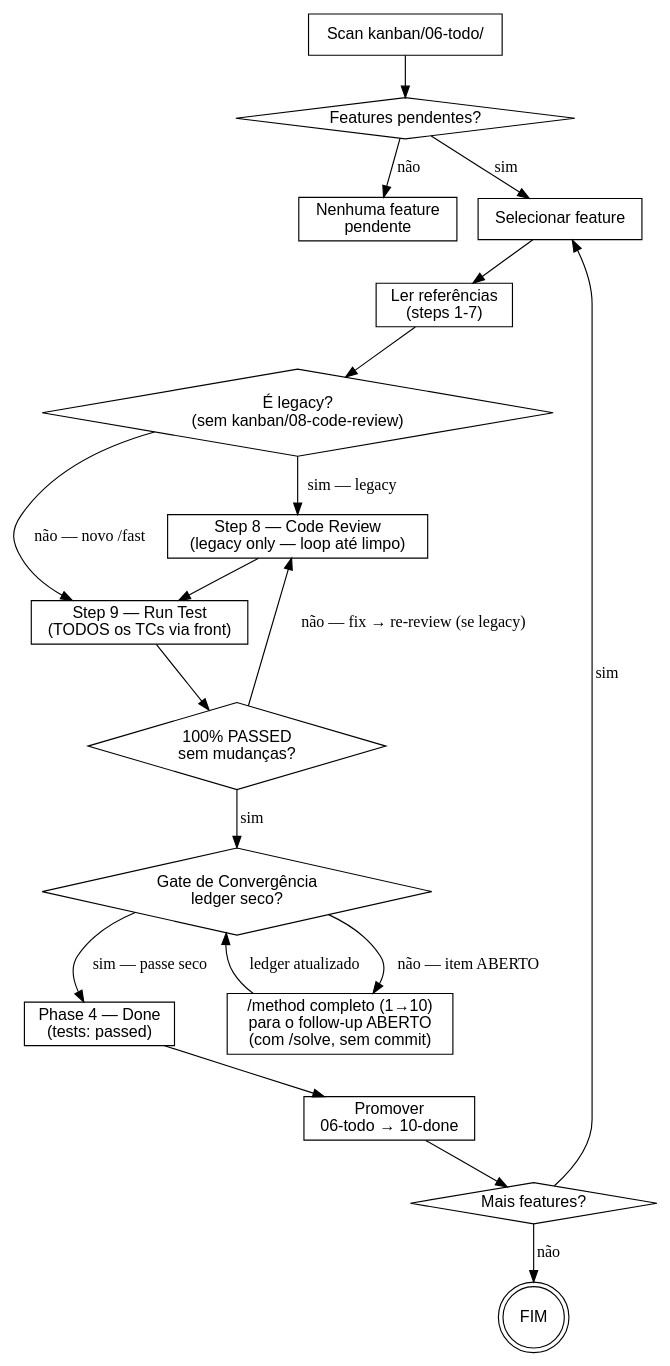
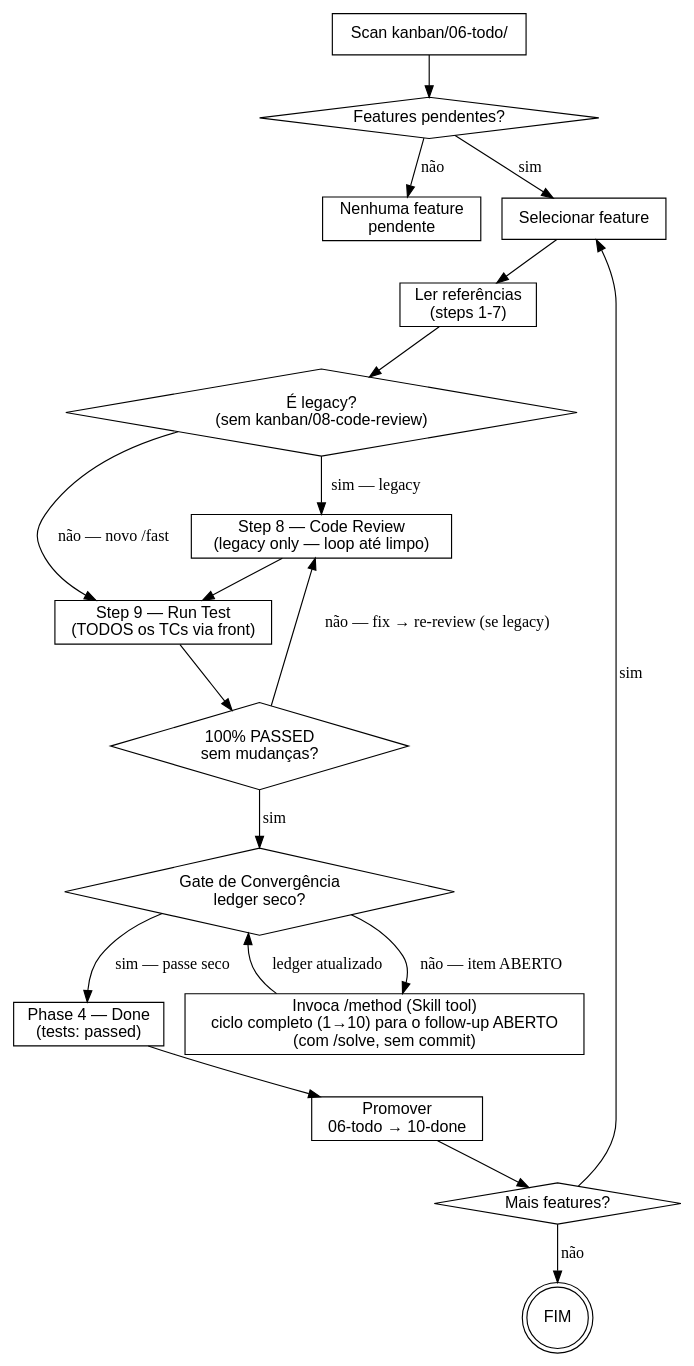
Before and after one commit to eduardofurihata/lp-skills: the diagram in skills/personal/todo/SKILL.md, drawn with Graphviz. The commit also changed other lines of this file and 19 other files, not shown here.

````diff
--- a/skills/personal/todo/SKILL.md
+++ b/skills/personal/todo/SKILL.md
@@ -44,41 +48,41 @@
 ```dot
 digraph todo {
     rankdir=TB;
     node [fontname="Helvetica"];
 
     scan [label="Scan kanban/06-todo/" shape=box];
     has_features [label="Features pendentes?" shape=diamond];
     none [label="Nenhuma feature\npendente" shape=box];
     select [label="Selecionar feature" shape=box];
     is_legacy [label="É legacy?\n(sem kanban/08-code-review)" shape=diamond];
     context [label="Ler referências\n(steps 1-7)" shape=box];
     review [label="Step 8 — Code Review\n(legacy only — loop até limpo)" shape=box];
     testing [label="Step 9 — Run Test\n(TODOS os TCs via front)" shape=box];
     passed [label="100% PASSED\nsem mudanças?" shape=diamond];
     gate [label="Gate de Convergência\nledger seco?" shape=diamond];
-    cycle [label="/method completo (1→10)\npara o follow-up ABERTO\n(com /solve, sem commit)" shape=box];
+    cycle [label="Invoca /method (Skill tool)\nciclo completo (1→10) para o follow-up ABERTO\n(com /solve, sem commit)" shape=box];
     done [label="Phase 4 — Done\n(tests: passed)" shape=box];
     move [label="Promover\n06-todo → 10-done" shape=box];
     more [label="Mais features?" shape=diamond];
     fim [label="FIM" shape=doublecircle];
 
     scan -> has_features;
     has_features -> none [label="não"];
     has_features -> select [label="sim"];
     select -> context;
     context -> is_legacy;
     is_legacy -> review [label="sim — legacy"];
     is_legacy -> testing [label="não — novo /fast"];
     review -> testing;
     testing -> passed;
     passed -> review [label="não — fix → re-review (se legacy)"];
     passed -> gate [label="sim"];
     gate -> cycle [label="não — item ABERTO"];
     cycle -> gate [label="ledger atualizado"];
     gate -> done [label="sim — passe seco"];
     done -> move;
     move -> more;
     more -> select [label="sim"];
     more -> fim [label="não"];
 }
 ```
````
